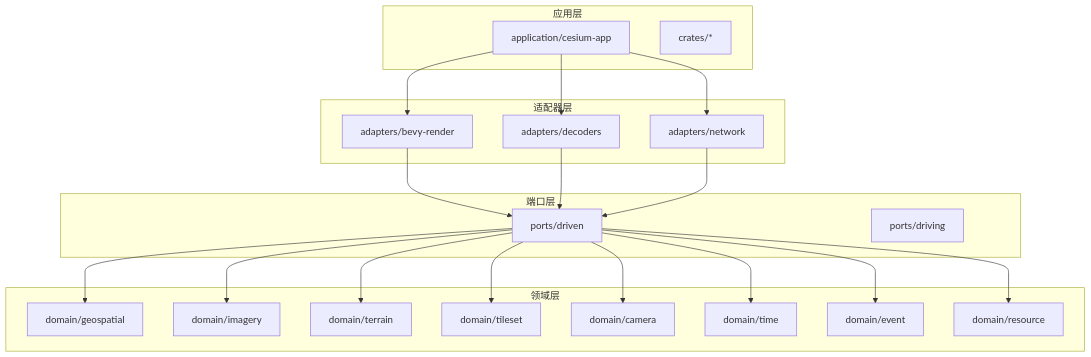
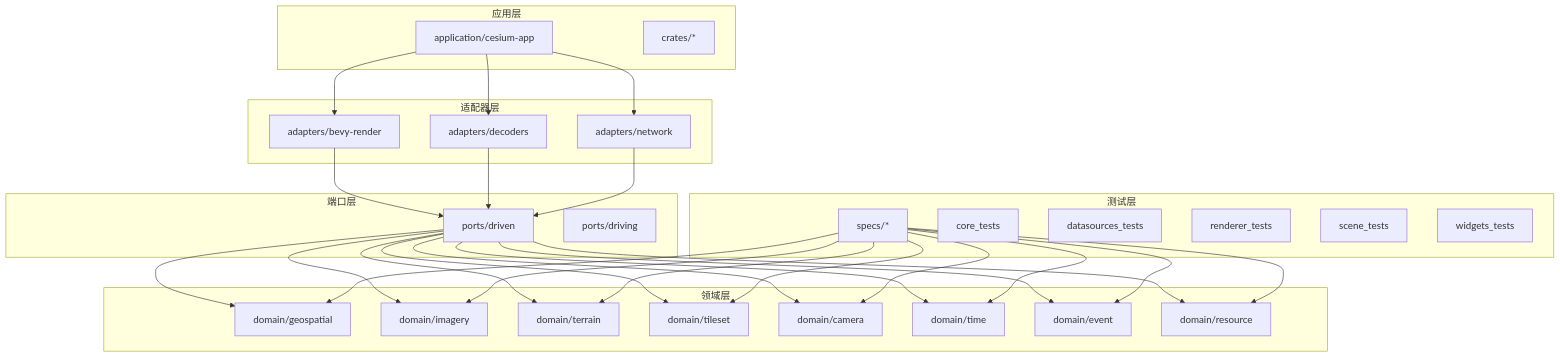
Before and after one commit to rzhangjing/cesium: the fourth of 7 diagrams in .qoder/repowiki/zh/content/构建与部署/构建系统配置/构建系统配置.md, drawn with Mermaid. The commit also changed other lines of this file and 38 other files, not shown here.

````diff
--- a/.qoder/repowiki/zh/content/构建与部署/构建系统配置/构建系统配置.md
+++ b/.qoder/repowiki/zh/content/构建与部署/构建系统配置/构建系统配置.md
@@ -218,40 +246,56 @@
 ```mermaid
 graph TB
 subgraph "应用层"
 A["application/cesium-app"]
 B["crates/*"]
 end
 subgraph "适配器层"
 C["adapters/bevy-render"]
 D["adapters/decoders"]
 E["adapters/network"]
 end
 subgraph "端口层"
 F["ports/driven"]
 G["ports/driving"]
 end
 subgraph "领域层"
 H["domain/geospatial"]
 I["domain/imagery"]
 J["domain/terrain"]
 K["domain/tileset"]
 L["domain/camera"]
 M["domain/time"]
 N["domain/event"]
 O["domain/resource"]
 end
+subgraph "测试层"
+P["specs/*"]
+Q["core_tests"]
+R["datasources_tests"]
+S["renderer_tests"]
+T["scene_tests"]
+U["widgets_tests"]
+end
 A --> C
 A --> D
 A --> E
 C --> F
 D --> F
 E --> F
 F --> H
 F --> I
 F --> J
 F --> K
 F --> L
 F --> M
 F --> N
 F --> O
+P --> H
+P --> I
+P --> J
+P --> K
+P --> L
+P --> M
+P --> N
+P --> O
 ```
````
